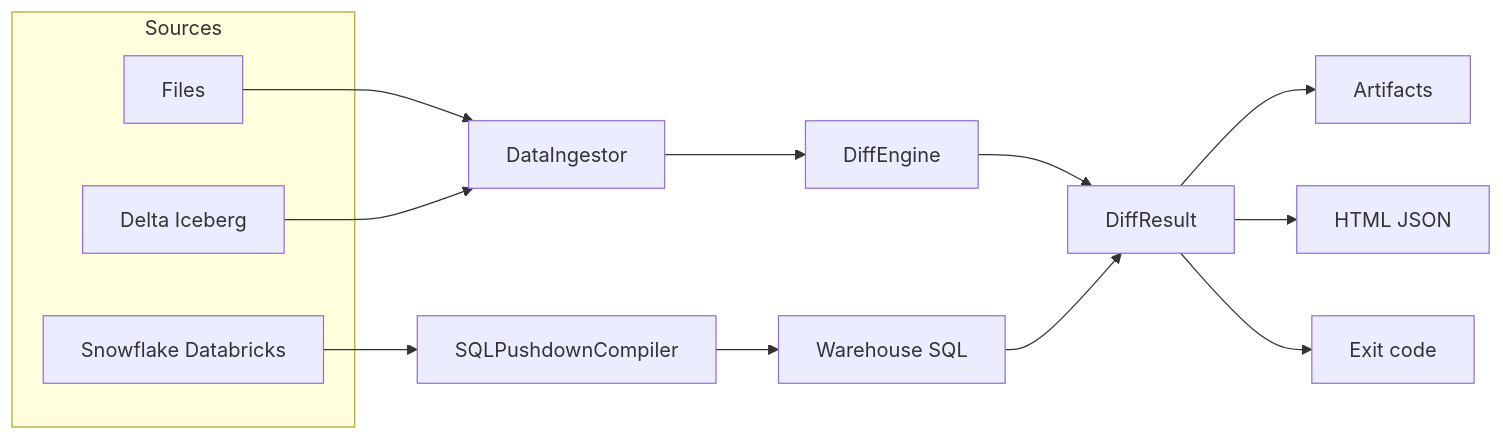
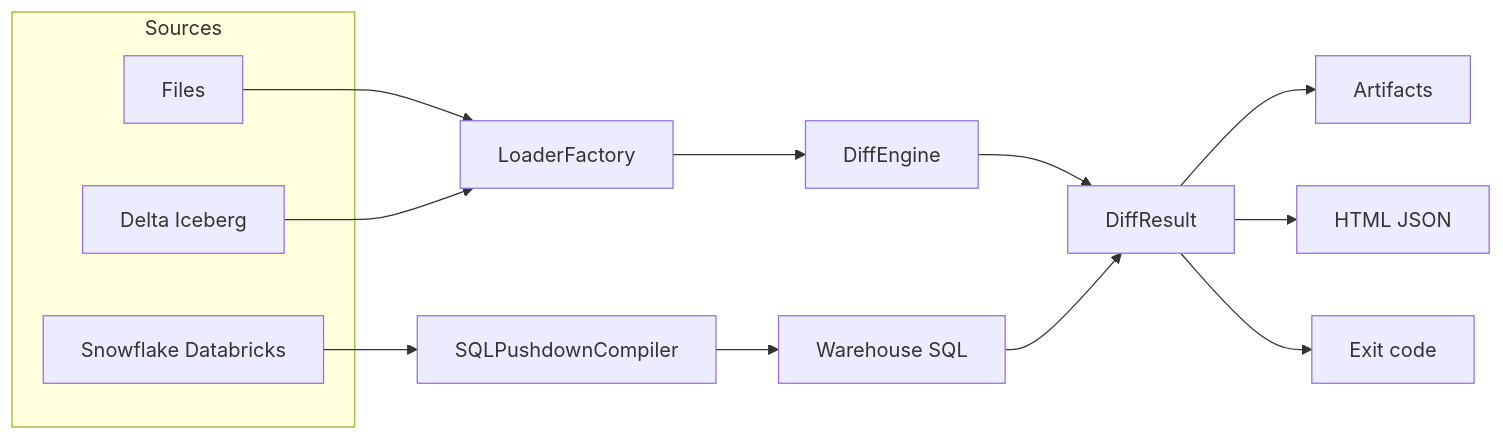
One commit to Veridelta/veridelta changed the diagram in README.md. Above: the diagram before and after it, drawn with Mermaid. The commit also changed other lines of this file and 12 other files, not shown here.

````diff
--- a/README.md
+++ b/README.md
@@ -33,18 +33,18 @@
 ```mermaid
 flowchart LR
   subgraph sources [Sources]
     files[Files]
     lakehouse[Delta Iceberg]
     warehouse[Snowflake Databricks]
   end
-  files --> ingestor[DataIngestor]
-  lakehouse --> ingestor
+  files --> loader[LoaderFactory]
+  lakehouse --> loader
   warehouse --> compiler[SQLPushdownCompiler]
-  ingestor --> engine["DiffEngine"]
+  loader --> engine["DiffEngine"]
   engine --> result[DiffResult]
   compiler --> warehouseSql[Warehouse SQL]
   warehouseSql --> result
   result --> artifacts[Artifacts]
   result --> reports["HTML JSON"]
   result --> exitCode[Exit code]
 ```
````
